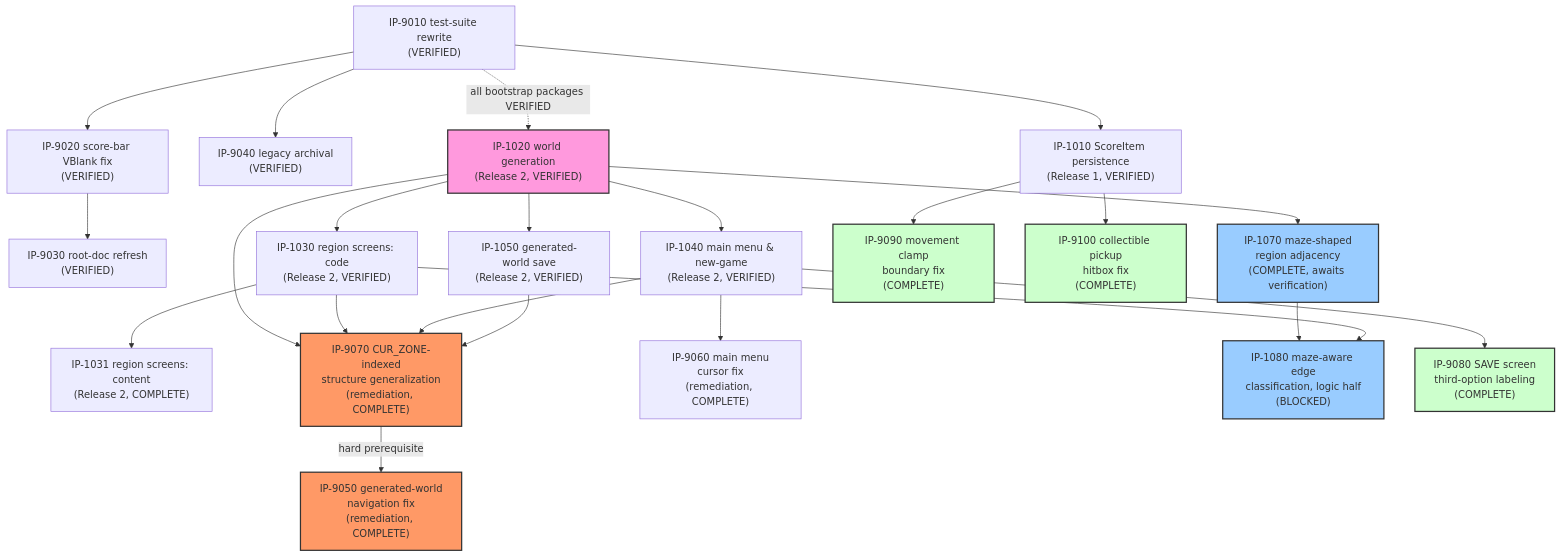
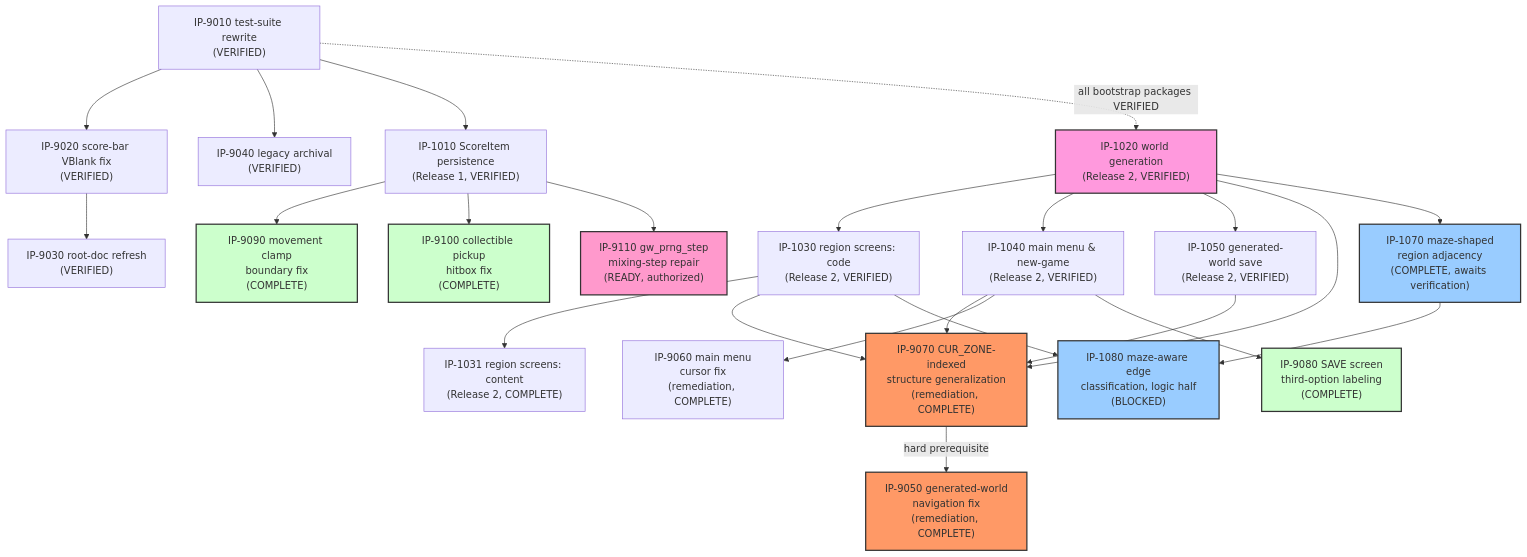
One commit to Zabin/RsGame changed the diagram in docs/implementation/00-master-build-plan.md. Above: the diagram before and after it, drawn with Mermaid. The commit also changed other lines of this file and 4 other files, not shown here.

First line of the commit message:
docs(implementation): IP-9110 -- gw_prng_step mixing-step repair

````diff
--- a/docs/implementation/00-master-build-plan.md
+++ b/docs/implementation/00-master-build-plan.md
@@ -138,58 +148,63 @@
 ```mermaid
 graph TD
     IP9010["IP-9010 test-suite rewrite<br/>(VERIFIED)"]
     IP9020["IP-9020 score-bar VBlank fix<br/>(VERIFIED)"]
     IP9030["IP-9030 root-doc refresh<br/>(VERIFIED)"]
     IP9040["IP-9040 legacy archival<br/>(VERIFIED)"]
     IP1010["IP-1010 ScoreItem persistence<br/>(Release 1, VERIFIED)"]
     IP9010 --> IP9020
     IP9010 --> IP9040
     IP9010 --> IP1010
     IP9020 --> IP9030
 
     IP1020["IP-1020 world generation<br/>(Release 2, VERIFIED)"]
     IP1030["IP-1030 region screens: code<br/>(Release 2, VERIFIED)"]
     IP1031["IP-1031 region screens: content<br/>(Release 2, COMPLETE)"]
     IP1040["IP-1040 main menu & new-game<br/>(Release 2, VERIFIED)"]
     IP1050["IP-1050 generated-world save<br/>(Release 2, VERIFIED)"]
     IP9010 -.all bootstrap packages VERIFIED.-> IP1020
     IP1020 --> IP1030
     IP1030 --> IP1031
     IP1020 --> IP1040
     IP1020 --> IP1050
 
     style IP1020 fill:#f9d,stroke:#333,stroke-width:2px
 
     IP9070["IP-9070 CUR_ZONE-indexed<br/>structure generalization<br/>(remediation, COMPLETE)"]
     IP9050["IP-9050 generated-world<br/>navigation fix<br/>(remediation, COMPLETE)"]
     IP9060["IP-9060 main menu<br/>cursor fix<br/>(remediation, COMPLETE)"]
     IP1020 --> IP9070
     IP1030 --> IP9070
     IP1040 --> IP9070
     IP1050 --> IP9070
     IP9070 -->|hard prerequisite| IP9050
     IP1040 --> IP9060
 
     style IP9070 fill:#f96,stroke:#333,stroke-width:2px
     style IP9050 fill:#f96,stroke:#333,stroke-width:2px
 
     IP1070["IP-1070 maze-shaped<br/>region adjacency<br/>(COMPLETE, awaits verification)"]
     IP1080["IP-1080 maze-aware edge<br/>classification, logic half<br/>(BLOCKED)"]
     IP1020 --> IP1070
     IP1070 --> IP1080
     IP1030 --> IP1080
 
     style IP1070 fill:#9cf,stroke:#333,stroke-width:2px
     style IP1080 fill:#9cf,stroke:#333,stroke-width:2px
 
     IP9090["IP-9090 movement clamp<br/>boundary fix<br/>(COMPLETE)"]
     IP9100["IP-9100 collectible pickup<br/>hitbox fix<br/>(COMPLETE)"]
     IP9080["IP-9080 SAVE screen<br/>third-option labeling<br/>(COMPLETE)"]
     IP1010 --> IP9090
     IP1010 --> IP9100
     IP1040 --> IP9080
 
     style IP9090 fill:#cfc,stroke:#333,stroke-width:2px
     style IP9100 fill:#cfc,stroke:#333,stroke-width:2px
     style IP9080 fill:#cfc,stroke:#333,stroke-width:2px
+
+    IP9110["IP-9110 gw_prng_step<br/>mixing-step repair<br/>(READY, authorized)"]
+    IP1010 --> IP9110
+
+    style IP9110 fill:#f9c,stroke:#333,stroke-width:2px
 ```
````
